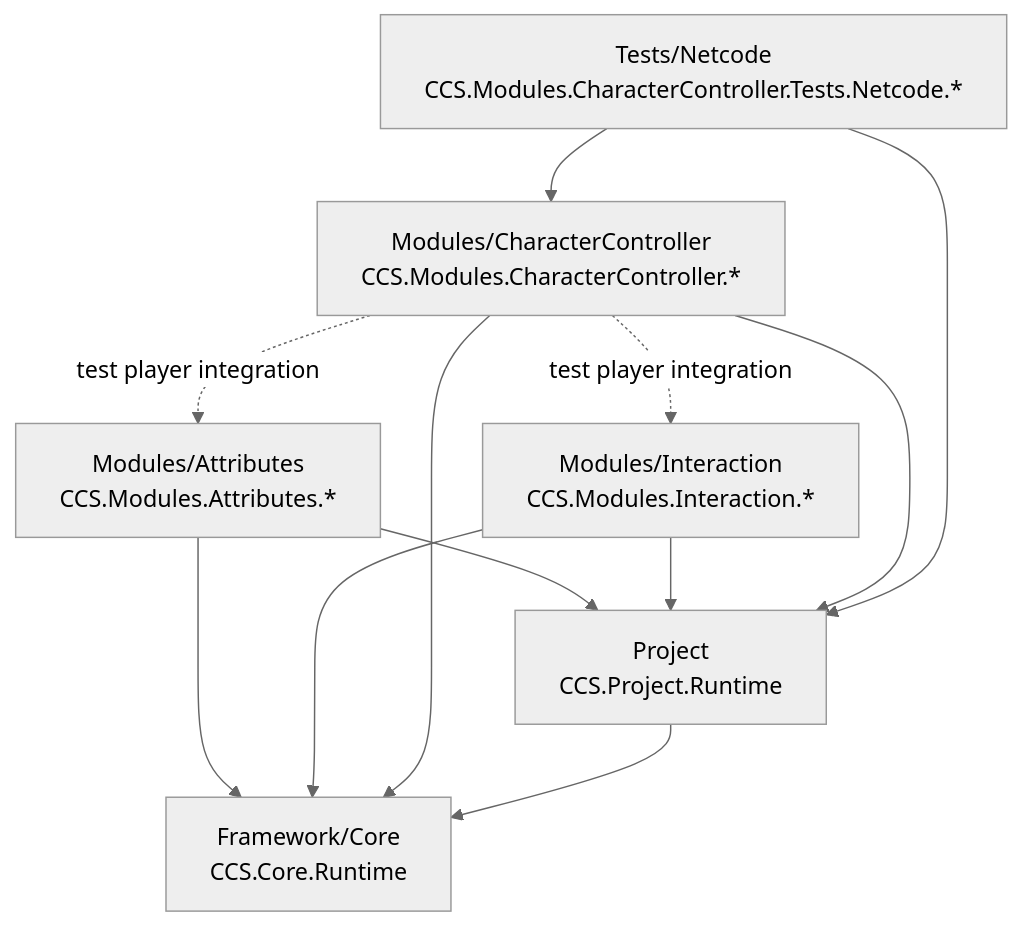
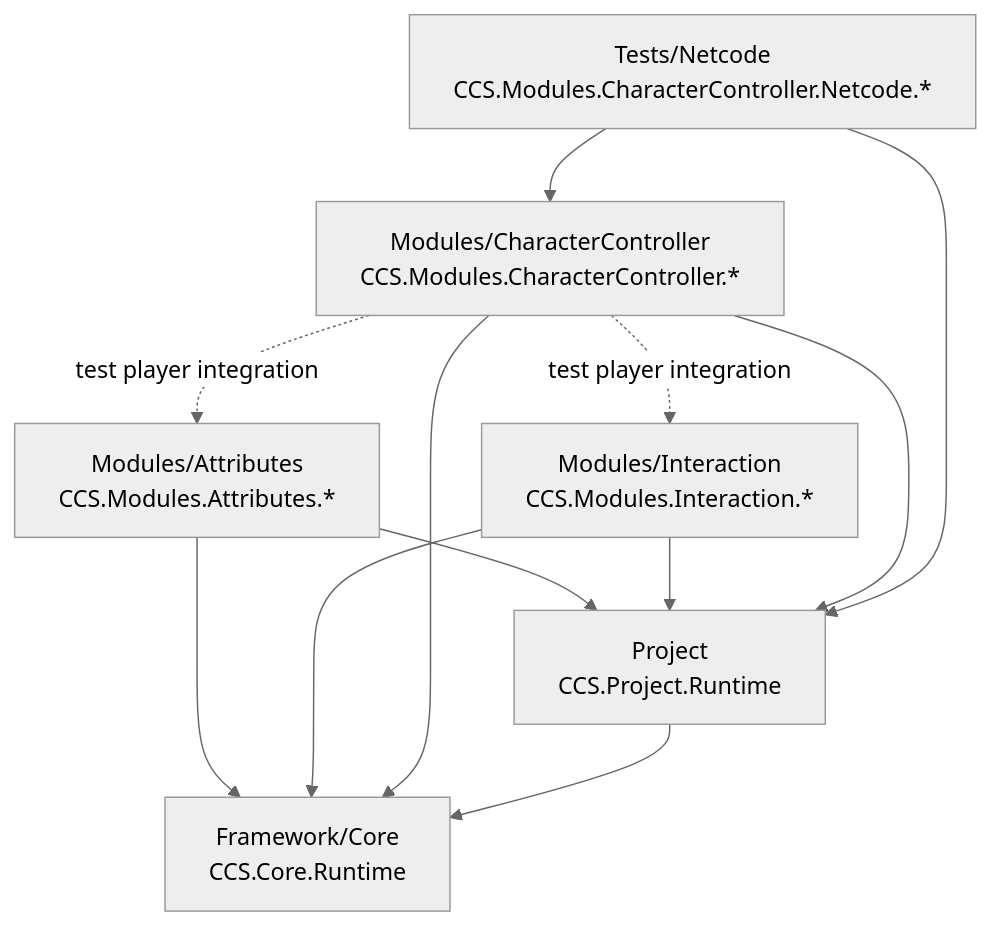
The diagram in Assets/CCS/FOLDER_STRUCTURE.md (Crazy-Carrot-Studios/ccs-survival), drawn with Mermaid (neutral theme) before and after one commit. The commit also changed other lines of this file and 524 other files, not shown here.

Commit message:
v0.7.2 Productionize character controller architecture

````diff
--- a/Assets/CCS/FOLDER_STRUCTURE.md
+++ b/Assets/CCS/FOLDER_STRUCTURE.md
@@ -101,21 +101,21 @@
 ```mermaid
 flowchart TD
     Core["Framework/Core\nCCS.Core.Runtime"]
     Project["Project\nCCS.Project.Runtime"]
     Attr["Modules/Attributes\nCCS.Modules.Attributes.*"]
     IX["Modules/Interaction\nCCS.Modules.Interaction.*"]
     CC["Modules/CharacterController\nCCS.Modules.CharacterController.*"]
-    Netcode["Tests/Netcode\nCCS.Modules.CharacterController.Tests.Netcode.*"]
+    Netcode["Tests/Netcode\nCCS.Modules.CharacterController.Netcode.*"]
 
     Attr --> Project
     Attr --> Core
     IX --> Project
     IX --> Core
     CC --> Project
     CC --> Core
     CC -. "test player integration" .-> Attr
     CC -. "test player integration" .-> IX
     Netcode --> CC
     Netcode --> Project
     Project --> Core
 ```
````
